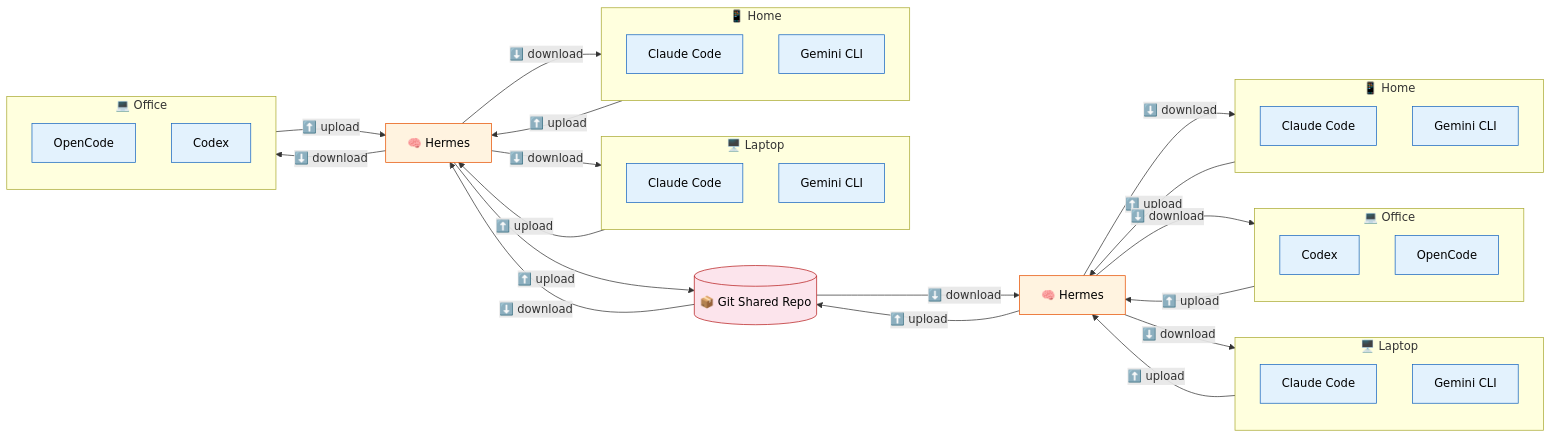
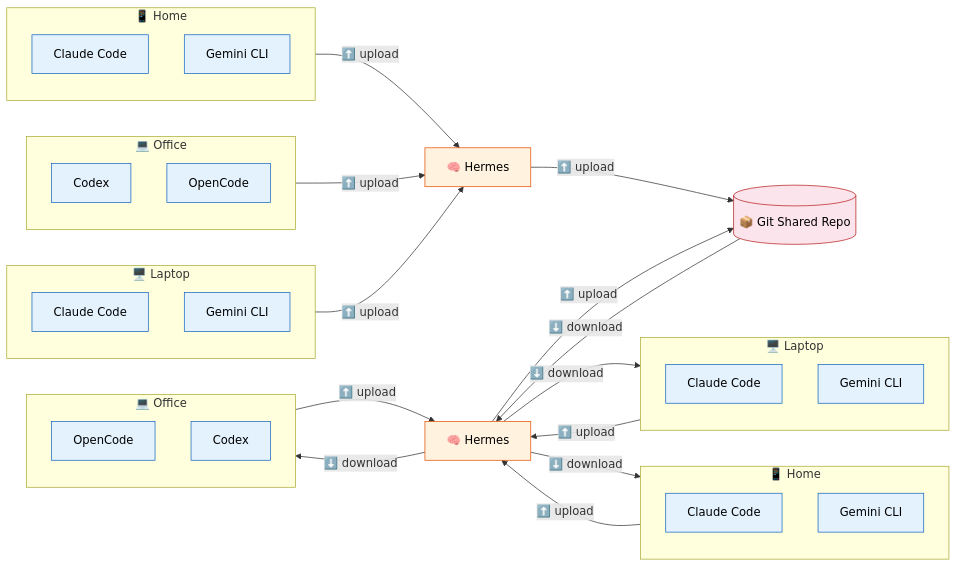
Before and after one commit to atsyty/CortexNexus: the first of 3 diagrams in README.md, drawn with Mermaid.

Commit message:
docs: fix left-side layout — remove reverse arrows so devices stay left of Hermes
Mermaid's layout engine gets confused by bidirectional arrows,
causing Home and Laptop to jump to the right of Hermes. Remove
left-side reverse arrows; download flow is already shown on the
right half of the diagram.

````diff
--- a/README.md
+++ b/README.md
@@ -48,72 +48,68 @@
 ```mermaid
 graph LR
     subgraph LA["📱 Home"]
         direction TB
         CA["Claude Code"]
         GA["Gemini CLI"]
     end
     subgraph LB["💻 Office"]
         direction TB
         CX["Codex"]
         OA["OpenCode"]
     end
     subgraph LC["🖥️ Laptop"]
         direction TB
         CB["Claude Code"]
         GB["Gemini CLI"]
     end
 
     HL["🧠 Hermes"]
 
     G[("📦 Git Shared Repo")]
 
     HR["🧠 Hermes"]
 
     subgraph RA["🖥️ Laptop"]
         direction TB
         CC["Claude Code"]
         GC["Gemini CLI"]
     end
     subgraph RB["📱 Home"]
         direction TB
         CD["Claude Code"]
         GD["Gemini CLI"]
     end
     subgraph RC["💻 Office"]
         direction TB
         OD["OpenCode"]
         CE["Codex"]
     end
 
-    %% Left devices ↔ Hermes
+    %% Left devices → Hermes (upload)
     LA -->|"⬆️ upload"| HL
-    HL -->|"⬇️ download"| LA
     LB -->|"⬆️ upload"| HL
-    HL -->|"⬇️ download"| LB
     LC -->|"⬆️ upload"| HL
-    HL -->|"⬇️ download"| LC
 
-    %% Left Hermes ↔ Git
+    %% Left Hermes → Git (upload)
     HL -->|"⬆️ upload"| G
-    G -->|"⬇️ download"| HL
 
     %% Git ↔ Right Hermes
     G -->|"⬇️ download"| HR
     HR -->|"⬆️ upload"| G
 
     %% Right Hermes ↔ devices
     HR -->|"⬇️ download"| RA
     RA -->|"⬆️ upload"| HR
     HR -->|"⬇️ download"| RB
     RB -->|"⬆️ upload"| HR
     HR -->|"⬇️ download"| RC
     RC -->|"⬆️ upload"| HR
 
     %% Styling
     classDef tools fill:#e3f2fd,stroke:#1565c0,color:#000
     classDef engine fill:#fff3e0,stroke:#e65100,color:#000
     classDef git fill:#fce4ec,stroke:#b71c1c,color:#000
     class CA,GA,CX,OA,CB,GB,CC,GC,CD,GD,OD,CE tools
     class HL,HR engine
     class G git
 ```
````
